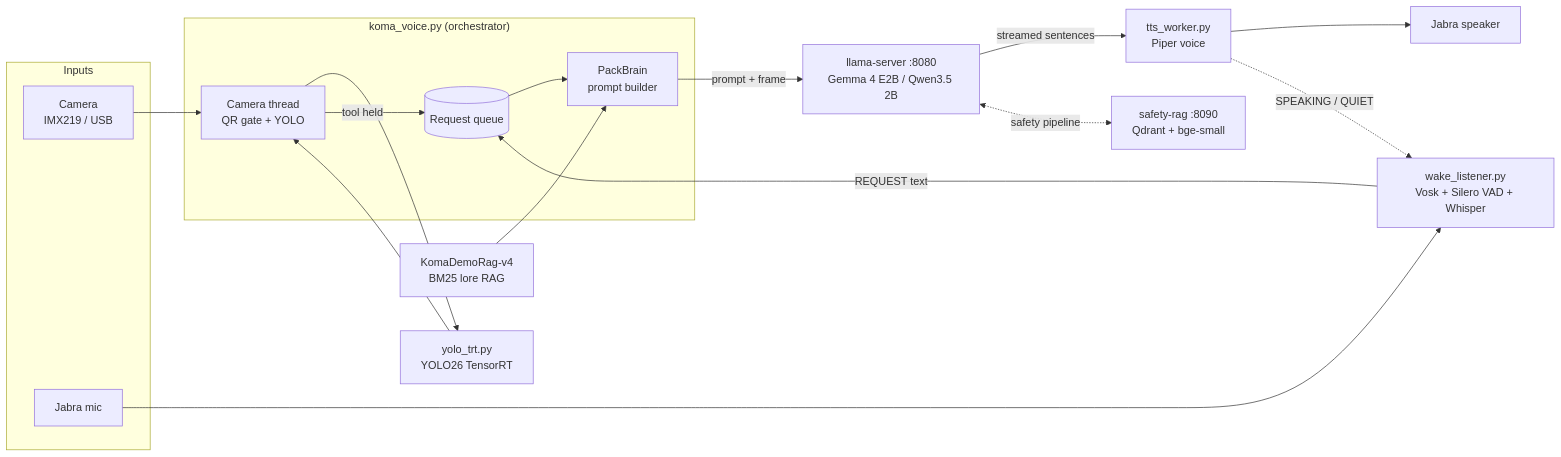
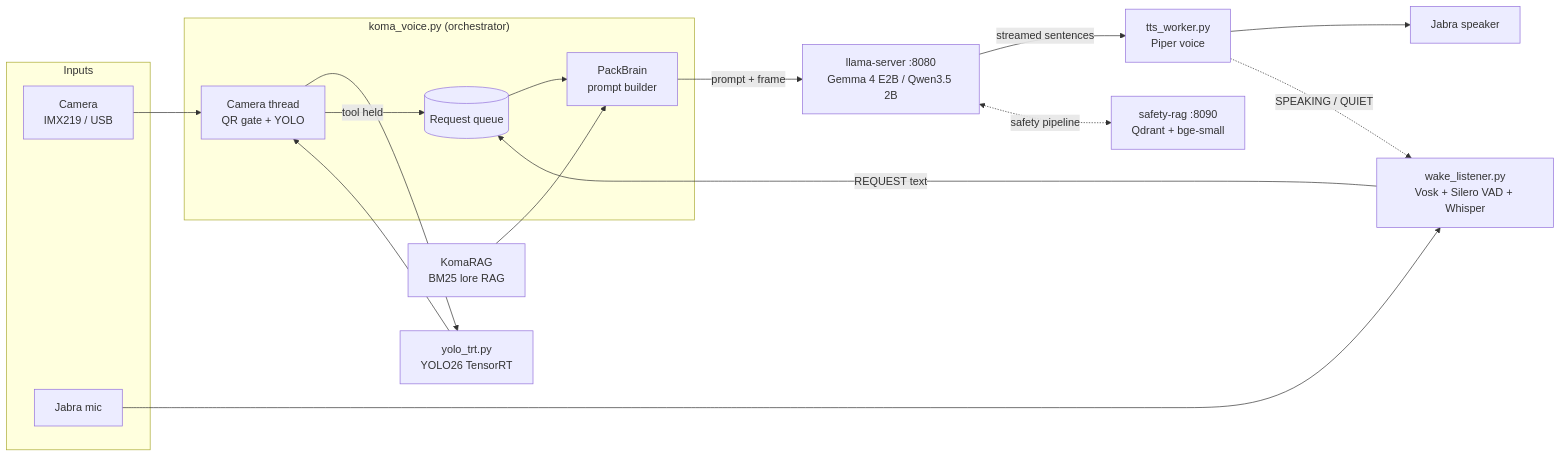
One commit to Jreiber1029/AI-Toolbox changed the diagram in README.md. Above: the diagram before and after it, drawn with Mermaid. The commit also changed other lines of this file and 212 other files, not shown here.

````diff
--- a/README.md
+++ b/README.md
@@ -41,31 +41,31 @@
 ```mermaid
 flowchart LR
     subgraph Inputs
         CAM[Camera<br/>IMX219 / USB]
         MIC[Jabra mic]
     end
 
     subgraph koma_voice.py ["koma_voice.py (orchestrator)"]
         CT[Camera thread<br/>QR gate + YOLO]
         Q[(Request queue)]
         BR[PackBrain<br/>prompt builder]
     end
 
     YOLO[yolo_trt.py<br/>YOLO26 TensorRT]
     STT[wake_listener.py<br/>Vosk + Silero VAD + Whisper]
-    LORE[KomaDemoRag-v4<br/>BM25 lore RAG]
+    LORE[KomaRAG<br/>BM25 lore RAG]
     VLM[llama-server :8080<br/>Gemma 4 E2B / Qwen3.5 2B]
     TTS[tts_worker.py<br/>Piper voice]
     SPK[Jabra speaker]
     RAG[safety-rag :8090<br/>Qdrant + bge-small]
 
     CAM --> CT --> YOLO --> CT
     CT -- "tool held" --> Q
     MIC --> STT -- "REQUEST text" --> Q
     Q --> BR
     LORE --> BR
     BR -- "prompt + frame" --> VLM
     VLM -- "streamed sentences" --> TTS --> SPK
     TTS -. "SPEAKING / QUIET" .-> STT
     VLM <-. "safety pipeline" .-> RAG
 ```
````
